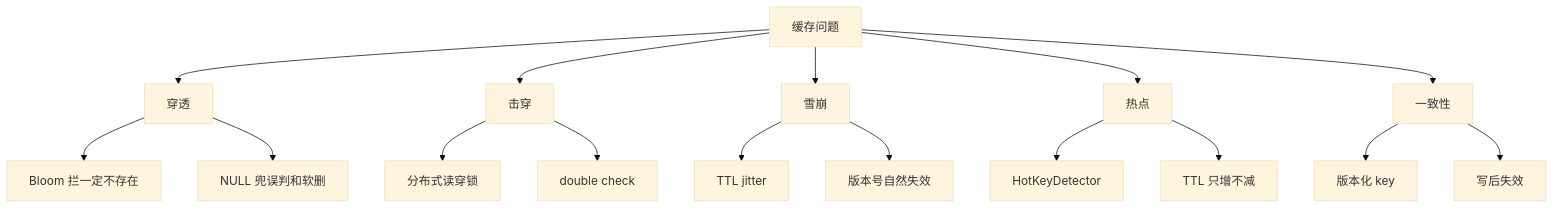
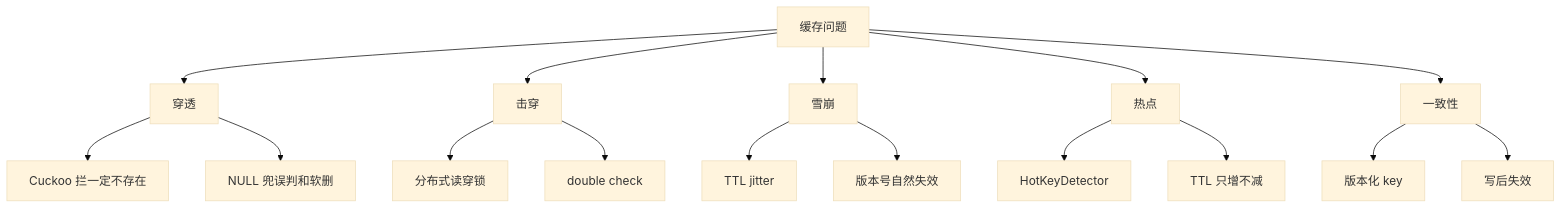
The third of 9 diagrams in docs/modules/09-热点缓存与多级缓存策略.md (bitladykiller/zhiguang_go), drawn with Mermaid (base theme) before and after one commit. The commit also changed other lines of this file and 10 other files, not shown here.

First line of the commit message:
feat(cache): replace classic Bloom with deletable Cuckoo filter

````diff
--- a/docs/modules/09-热点缓存与多级缓存策略.md
+++ b/docs/modules/09-热点缓存与多级缓存策略.md
@@ -261,19 +261,19 @@
 ```mermaid
 flowchart TD
     A[缓存问题] --> B[穿透]
     A --> C[击穿]
     A --> D[雪崩]
     A --> E[热点]
     A --> F[一致性]
 
-    B --> B1[Bloom 拦一定不存在]
+    B --> B1[Cuckoo 拦一定不存在]
     B --> B2[NULL 兜误判和软删]
     C --> C1[分布式读穿锁]
     C --> C2[double check]
     D --> D1[TTL jitter]
     D --> D2[版本号自然失效]
     E --> E1[HotKeyDetector]
     E --> E2[TTL 只增不减]
     F --> F1[版本化 key]
     F --> F2[写后失效]
 ```
````
